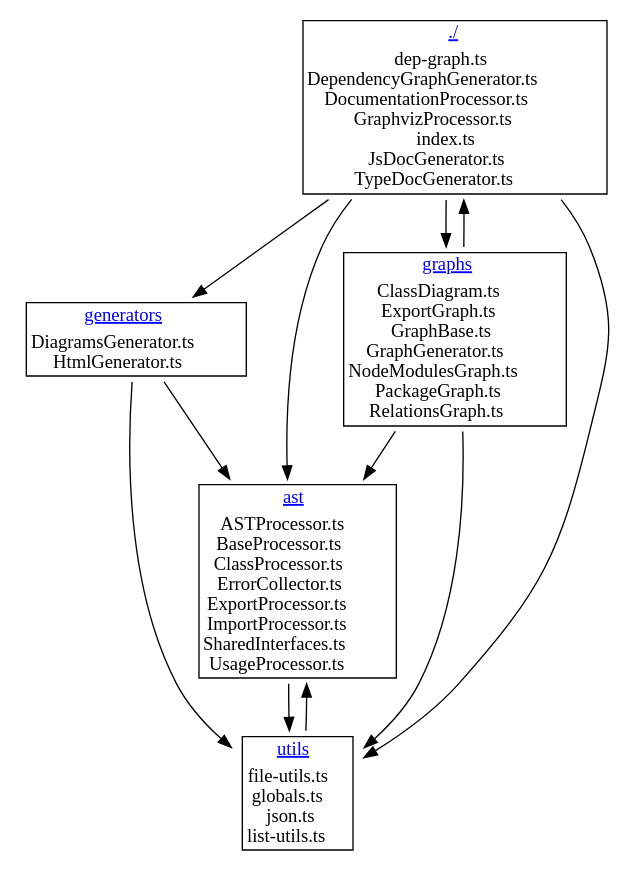
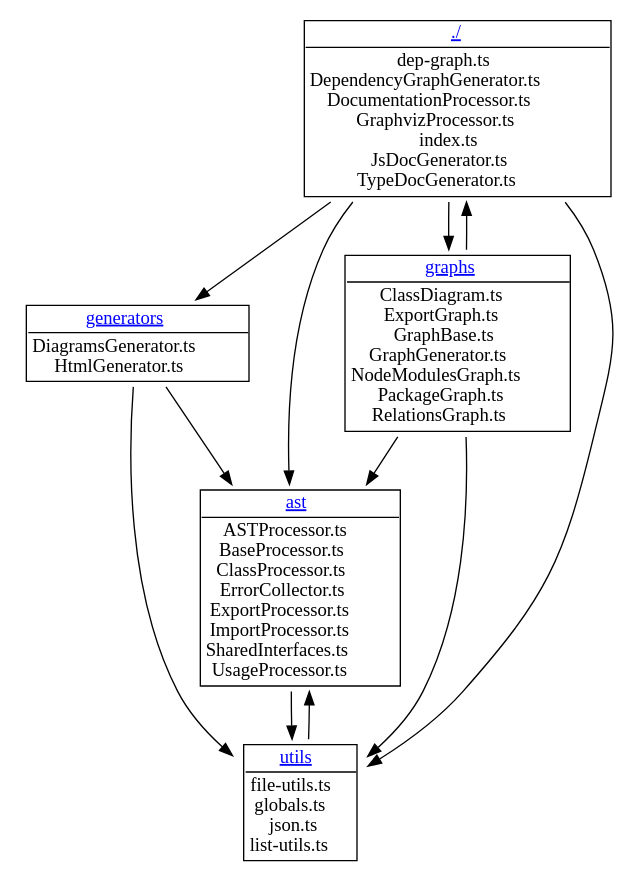
The diagram in dep-graph-ts/Package.dot (fleebe/GitHubPages), drawn with Graphviz before and after one commit. The commit also changed 5 other files, not shown here.

Commit message:
Update docs for dep-graph-ts from fleebe/dep-graph-ts workflow

```diff
--- a/dep-graph-ts/Package.dot
+++ b/dep-graph-ts/Package.dot
@@ -1,67 +1,67 @@
 digraph {label="";
 labelloc="t";
 "" [shape=none, label=<<TABLE cellspacing="0" cellborder="0" align="left">
 <TR><TD ALIGN="center" HREF="diagrams.html#base" TARGET="_top"><U><font color="blue">./</font></U></TD></TR>
-<TR><TD ALIGN="left">
+<TR><TD BORDER="1" SIDES="T" ALIGN="left">
 dep-graph.ts<BR/>
 DependencyGraphGenerator.ts<BR/>
 DocumentationProcessor.ts<BR/>
 GraphvizProcessor.ts<BR/>
 index.ts<BR/>
 JsDocGenerator.ts<BR/>
 TypeDocGenerator.ts<BR/>
 </TD></TR>
 </TABLE>>];
 "ast" [shape=none, label=<<TABLE cellspacing="0" cellborder="0" align="left">
 <TR><TD ALIGN="center" HREF="diagrams.html#ast" TARGET="_top"><U><font color="blue">ast</font></U></TD></TR>
-<TR><TD ALIGN="left">
+<TR><TD BORDER="1" SIDES="T" ALIGN="left">
 ASTProcessor.ts<BR/>
 BaseProcessor.ts<BR/>
 ClassProcessor.ts<BR/>
 ErrorCollector.ts<BR/>
 ExportProcessor.ts<BR/>
 ImportProcessor.ts<BR/>
 SharedInterfaces.ts<BR/>
 UsageProcessor.ts<BR/>
 </TD></TR>
 </TABLE>>];
 "generators" [shape=none, label=<<TABLE cellspacing="0" cellborder="0" align="left">
 <TR><TD ALIGN="center" HREF="diagrams.html#generators" TARGET="_top"><U><font color="blue">generators</font></U></TD></TR>
-<TR><TD ALIGN="left">
+<TR><TD BORDER="1" SIDES="T" ALIGN="left">
 DiagramsGenerator.ts<BR/>
 HtmlGenerator.ts<BR/>
 </TD></TR>
 </TABLE>>];
 "graphs" [shape=none, label=<<TABLE cellspacing="0" cellborder="0" align="left">
 <TR><TD ALIGN="center" HREF="diagrams.html#graphs" TARGET="_top"><U><font color="blue">graphs</font></U></TD></TR>
-<TR><TD ALIGN="left">
+<TR><TD BORDER="1" SIDES="T" ALIGN="left">
 ClassDiagram.ts<BR/>
 ExportGraph.ts<BR/>
 GraphBase.ts<BR/>
 GraphGenerator.ts<BR/>
 NodeModulesGraph.ts<BR/>
 PackageGraph.ts<BR/>
 RelationsGraph.ts<BR/>
 </TD></TR>
 </TABLE>>];
 "utils" [shape=none, label=<<TABLE cellspacing="0" cellborder="0" align="left">
 <TR><TD ALIGN="center" HREF="diagrams.html#utils" TARGET="_top"><U><font color="blue">utils</font></U></TD></TR>
-<TR><TD ALIGN="left">
+<TR><TD BORDER="1" SIDES="T" ALIGN="left">
 file-utils.ts<BR/>
 globals.ts<BR/>
 json.ts<BR/>
 list-utils.ts<BR/>
 </TD></TR>
 </TABLE>>];
 ""->"generators";
 ""->"utils";
 ""->"graphs";
 ""->"ast";
 "ast"->"utils";
 "generators"->"utils";
 "generators"->"ast";
 "graphs"->"ast";
 "graphs"->"";
 "graphs"->"utils";
 "utils"->"ast";
 }
```
